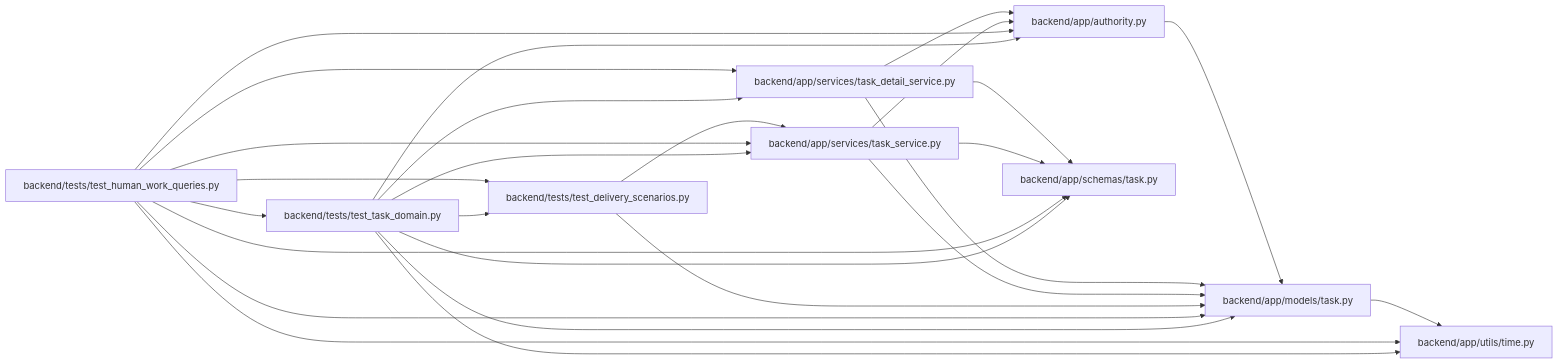
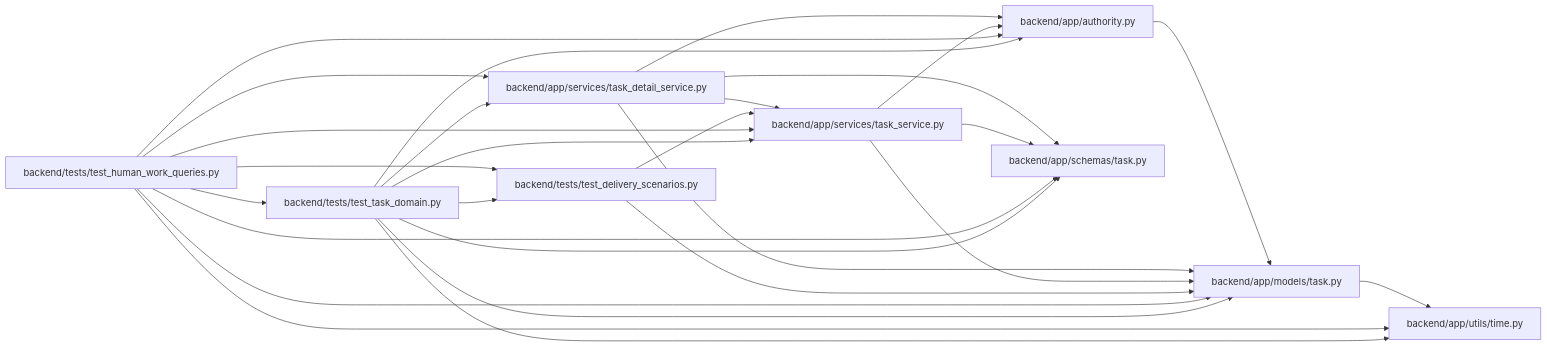
One commit to Denissvgn/WorkChord changed the diagram in docs/llm_wiki/modules/test_human_work_queries.md. Above: the diagram before and after it, drawn with Mermaid. The commit also changed 25171 other files, not shown here.

````diff
--- a/docs/llm_wiki/modules/test_human_work_queries.md
+++ b/docs/llm_wiki/modules/test_human_work_queries.md
@@ -26,46 +26,47 @@
 ```mermaid
 flowchart LR
     n0["backend/app/authority.py"]
     n1["backend/app/models/task.py"]
     n2["backend/app/schemas/task.py"]
     n3["backend/app/services/task_detail_service.py"]
     n4["backend/app/services/task_service.py"]
     n5["backend/app/utils/time.py"]
     n6["backend/tests/test_delivery_scenarios.py"]
     n7["backend/tests/test_human_work_queries.py"]
     n8["backend/tests/test_task_domain.py"]
     n0 --> n1
     n1 --> n5
     n3 --> n0
     n3 --> n1
     n3 --> n2
+    n3 --> n4
     n4 --> n0
     n4 --> n1
     n4 --> n2
     n6 --> n1
     n6 --> n4
     n7 --> n0
     n7 --> n1
     n7 --> n2
     n7 --> n3
     n7 --> n4
     n7 --> n5
     n7 --> n6
     n7 --> n8
     n8 --> n0
     n8 --> n1
     n8 --> n2
     n8 --> n3
     n8 --> n4
     n8 --> n5
     n8 --> n6
     click n0 "../modules/authority.md"
     click n1 "../modules/models_task.md"
     click n2 "../modules/schemas_task.md"
     click n3 "../modules/task_detail_service.md"
     click n4 "../modules/task_service.md"
     click n5 "../modules/time.md"
     click n6 "../modules/test_delivery_scenarios.md"
     click n7 "../modules/test_human_work_queries.md"
     click n8 "../modules/test_task_domain.md"
 ```
````
